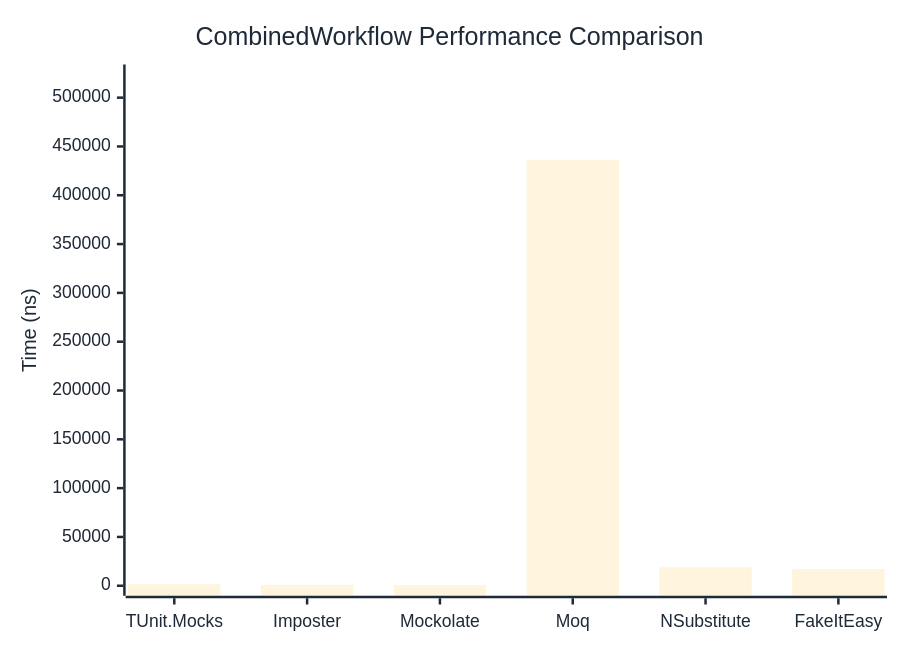
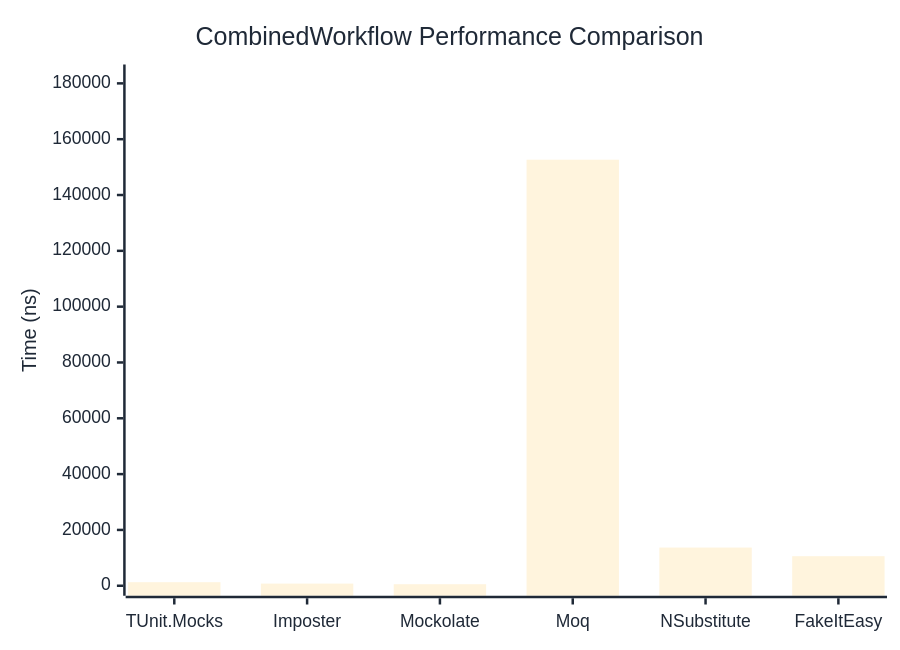
The diagram in docs/docs/benchmarks/mocks/CombinedWorkflow.md (thomhurst/TUnit), drawn with Mermaid before and after one commit. The commit also changed other lines of this file and 14 other files, not shown here.

````diff
--- a/docs/docs/benchmarks/mocks/CombinedWorkflow.md
+++ b/docs/docs/benchmarks/mocks/CombinedWorkflow.md
@@ -30,27 +30,27 @@
 ```mermaid
 %%{init: {
   'theme':'base',
   'themeVariables': {
     'primaryColor': '#2563eb',
     'primaryTextColor': '#1f2937',
     'primaryBorderColor': '#1e40af',
     'lineColor': '#6b7280',
     'secondaryColor': '#7c3aed',
     'tertiaryColor': '#dc2626',
     'background': '#ffffff',
     'pie1': '#2563eb',
     'pie2': '#7c3aed',
     'pie3': '#dc2626',
     'pie4': '#f59e0b',
     'pie5': '#10b981',
     'pie6': '#06b6d4',
     'pie7': '#ec4899',
     'pie8': '#6366f1'
   }
 }}%%
 xychart-beta
   title "CombinedWorkflow Performance Comparison"
   x-axis ["TUnit.Mocks", "Imposter", "Mockolate", "Moq", "NSubstitute", "FakeItEasy"]
-  y-axis "Time (ns)" 0 --> 523717
-  bar [1475.3, 873.6, 673.1, 436430.4, 18838.3, 17010.5]
+  y-axis "Time (ns)" 0 --> 183179
+  bar [1274.3, 772.1, 545.9, 152648.7, 13681.6, 10588.8]
 ```
````
